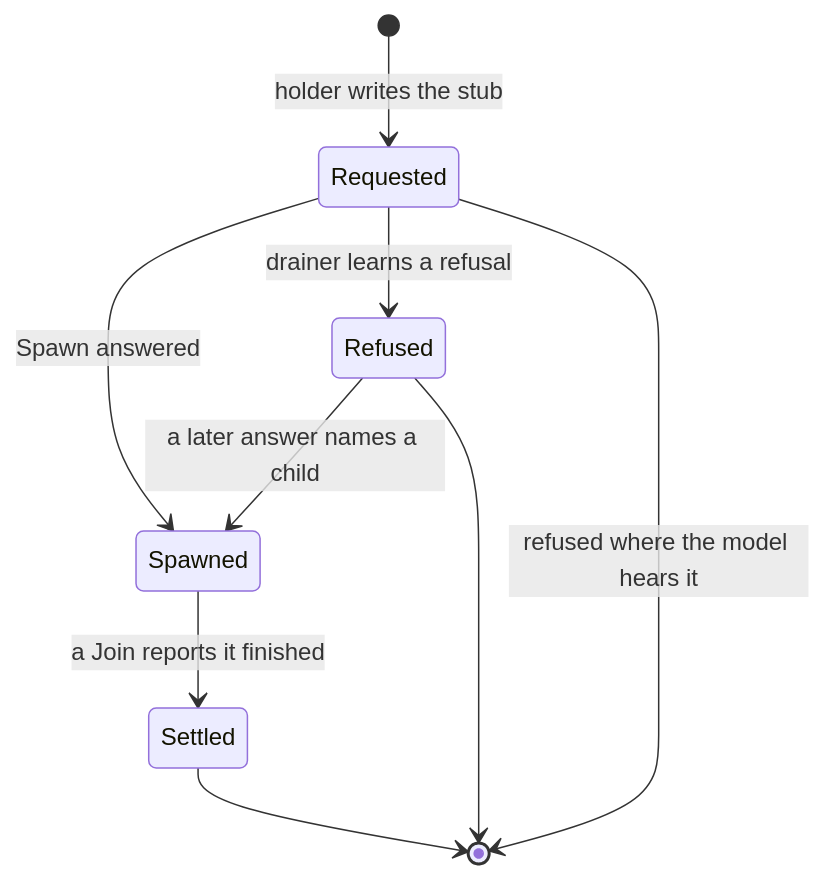
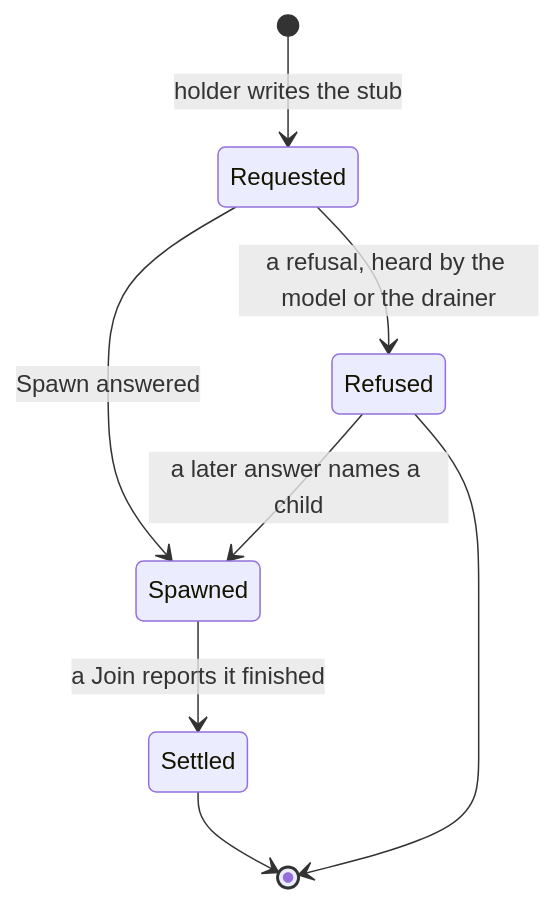
One commit to Roasbeef/loom changed the sixth of 6 diagrams in docs/architecture/distributed.md. Above: the diagram before and after it, drawn with Mermaid. The commit also changed other lines of this file and 6 other files, not shown here.

````diff
--- a/docs/architecture/distributed.md
+++ b/docs/architecture/distributed.md
@@ -1031,11 +1032,10 @@
 ```mermaid
 stateDiagram-v2
     [*] --> Requested: holder writes the stub
     Requested --> Spawned: Spawn answered
-    Requested --> Refused: drainer learns a refusal
-    Requested --> [*]: refused where the model hears it
+    Requested --> Refused: a refusal, heard by the model or the drainer
     Refused --> Spawned: a later answer names a child
     Spawned --> Settled: a Join reports it finished
     Refused --> [*]
     Settled --> [*]
 ```
````
